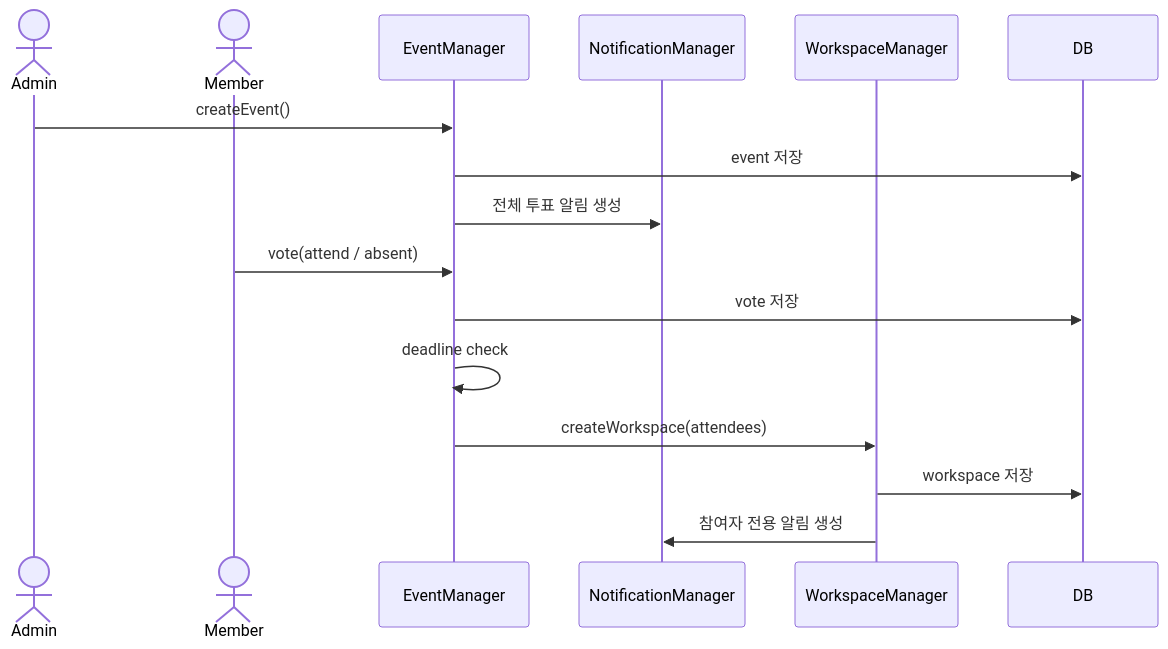
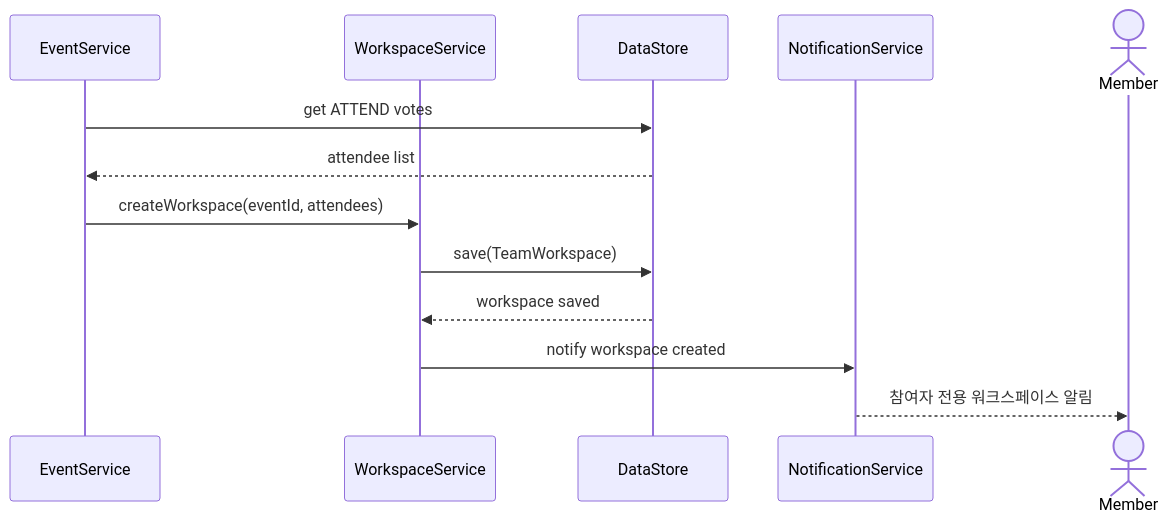
Before and after one commit to goldong23/Jo-Yul: diagram 14 of 16 in Design_22411923_홍주은.md, drawn with Mermaid. The commit also changed other lines of this file, not shown here.

Commit message:
설계 문서 다이어그램 중심으로 재구성

````diff
--- a/Design_22411923_홍주은.md
+++ b/Design_22411923_홍주은.md
@@ -352,19 +546,16 @@
 ```mermaid
 sequenceDiagram
-    actor Admin
+    participant EventService
+    participant WorkspaceService
+    participant DataStore
+    participant NotificationService
     actor Member
-    participant EventManager
-    participant NotificationManager
-    participant WorkspaceManager
-    participant DB
 
-    Admin->>EventManager: createEvent()
-    EventManager->>DB: event 저장
-    EventManager->>NotificationManager: 전체 투표 알림 생성
-    Member->>EventManager: vote(attend / absent)
-    EventManager->>DB: vote 저장
-    EventManager->>EventManager: deadline check
-    EventManager->>WorkspaceManager: createWorkspace(attendees)
-    WorkspaceManager->>DB: workspace 저장
-    WorkspaceManager->>NotificationManager: 참여자 전용 알림 생성
+    EventService->>DataStore: get ATTEND votes
+    DataStore-->>EventService: attendee list
+    EventService->>WorkspaceService: createWorkspace(eventId, attendees)
+    WorkspaceService->>DataStore: save(TeamWorkspace)
+    DataStore-->>WorkspaceService: workspace saved
+    WorkspaceService->>NotificationService: notify workspace created
+    NotificationService-->>Member: 참여자 전용 워크스페이스 알림
 ```
````
